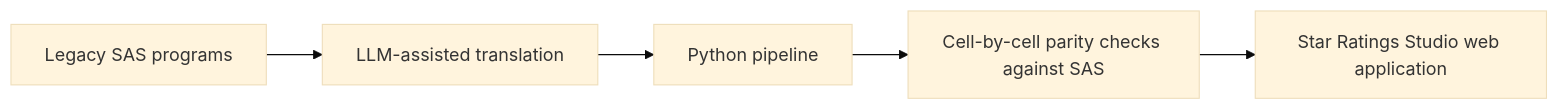
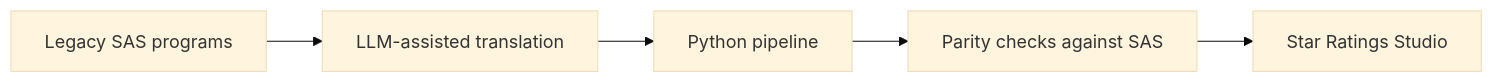
One commit to gpetrov2024/gpetrov2024 changed the diagram in README.md. Above: the diagram before and after it, drawn with Mermaid (base theme). The commit also changed other lines of this file, not shown here.

````diff
--- a/README.md
+++ b/README.md
@@ -139,7 +47,7 @@
 ```mermaid
 flowchart LR
     A[Legacy SAS programs] --> B[LLM-assisted translation]
     B --> C[Python pipeline]
-    C --> D[Cell-by-cell parity checks against SAS]
-    D --> E[Star Ratings Studio web application]
+    C --> D[Parity checks against SAS]
+    D --> E[Star Ratings Studio]
 ```
````
